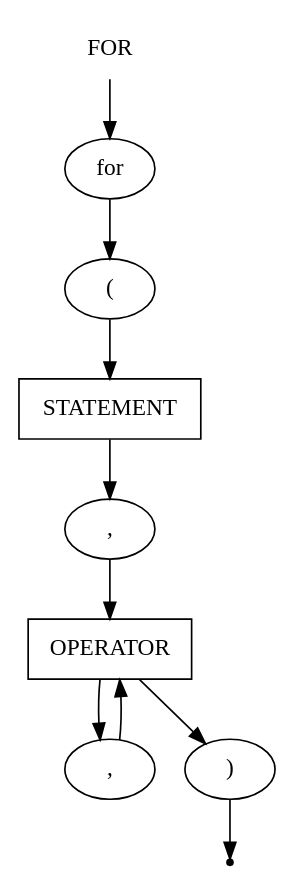
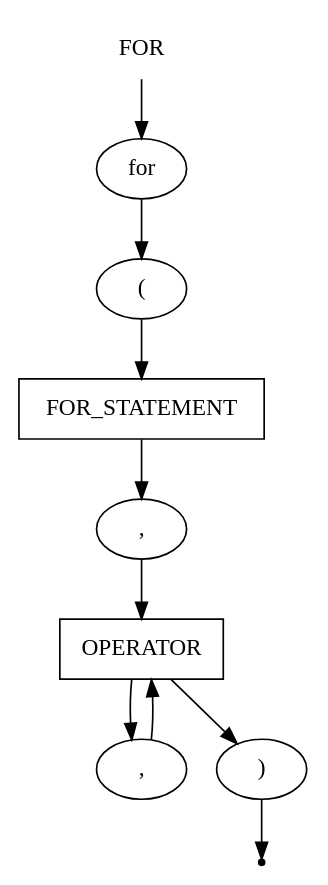
The diagram in src/PSADParser/grammar/for.gv (IMZolin/PSAD), drawn with Graphviz before and after one commit. The commit also changed 10 other files, not shown here.

```diff
--- a/src/PSADParser/grammar/for.gv
+++ b/src/PSADParser/grammar/for.gv
@@ -1,21 +1,21 @@
 digraph FOR{
     start [label=FOR shape=plaintext]
     for [label=for shape=oval]
-    statement [label=STATEMENT shape=box]
+    statement [label=FOR_STATEMENT shape=box]
     oper [label=OPERATOR shape=box]
     open [label="(" shape=oval]
     comma_1 [label="," shape=oval]
     comma_2 [label="," shape=oval]
     close [label=")" shape=oval]
     end [label="" shape=point]
 
     start -> for
     for -> open
     open -> statement
     statement -> comma_1
     comma_1 -> oper
     oper -> comma_2
     comma_2 -> oper
     oper -> close
     close -> end
 }
```
